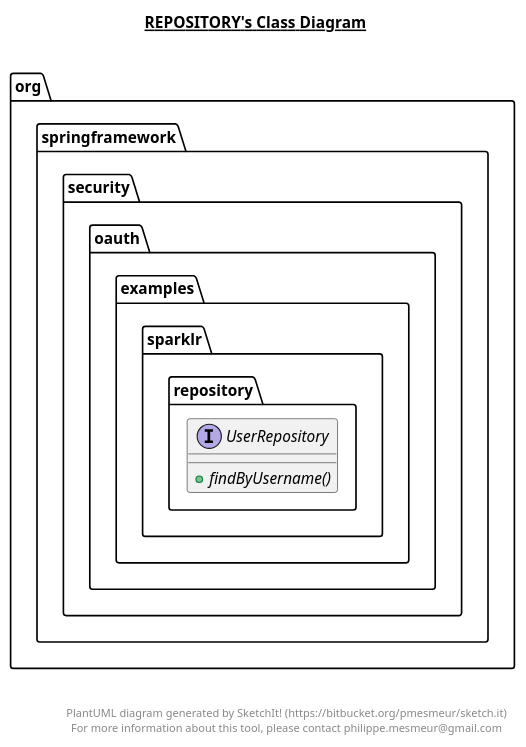
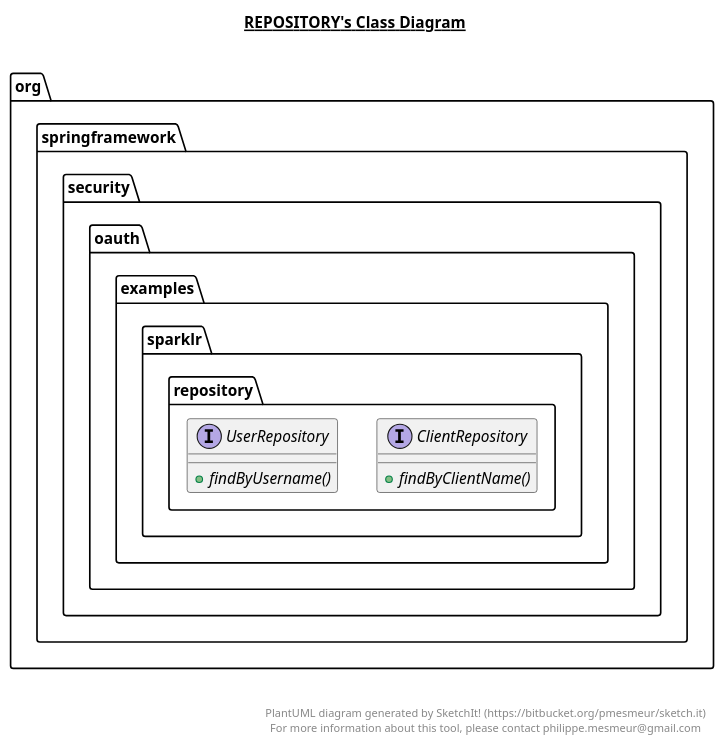
Before and after one commit to zwan2016/spring-security-oauth: the diagram in samples/oauth2/sparklr/src/main/java/org/springframework/security/oauth/examples/sparklr/repository/repository.plantuml, drawn with PlantUML. The commit also changed 11 other files, not shown here.

Commit message:
client registration flow update

```diff
--- a/samples/oauth2/sparklr/src/main/java/org/springframework/security/oauth/examples/sparklr/repository/repository.plantuml
+++ b/samples/oauth2/sparklr/src/main/java/org/springframework/security/oauth/examples/sparklr/repository/repository.plantuml
@@ -1,23 +1,32 @@
 @startuml
 
 title __REPOSITORY's Class Diagram__\n
+
+  namespace org.springframework.security.oauth.examples.sparklr {
+    namespace repository {
+      interface org.springframework.security.oauth.examples.sparklr.repository.ClientRepository {
+          {abstract} + findByClientName()
+      }
+    }
+  }
+  
 
   namespace org.springframework.security.oauth.examples.sparklr {
     namespace repository {
       interface org.springframework.security.oauth.examples.sparklr.repository.UserRepository {
           {abstract} + findByUsername()
       }
     }
   }
   
 
 
 
 right footer
 
 
 PlantUML diagram generated by SketchIt! (https://bitbucket.org/pmesmeur/sketch.it)
 For more information about this tool, please contact philippe.mesmeur@gmail.com
 endfooter
 
 @enduml
```
